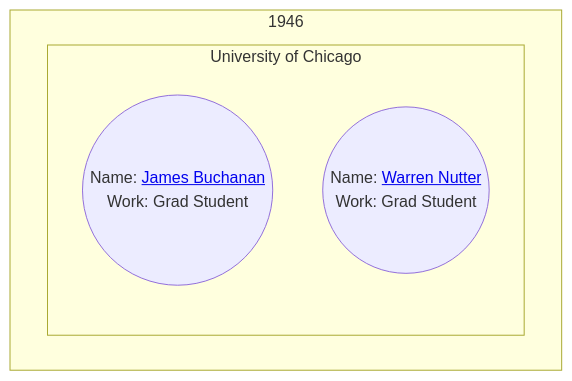
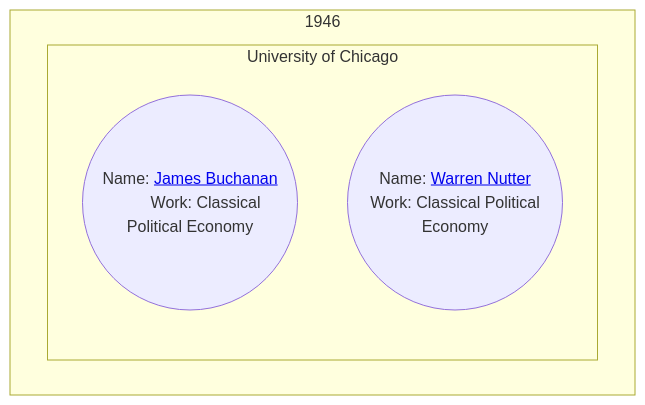
One commit to grimmdgg/hvspecs changed the third of 4 diagrams in README.md. Above: the diagram before and after it, drawn with Mermaid. The commit also changed other lines of this file, not shown here.

````diff
--- a/README.md
+++ b/README.md
@@ -73,15 +86,15 @@
 ```mermaid
 graph 
 subgraph 1946;
 subgraph  University of Chicago
  jb46((
         Name: <a href=https://en.wikipedia.org/wiki/James_M._Buchanan>James Buchanan</a>
-        Work: Grad Student
+        Work: Classical Political Economy
         ))
  wn46((
  Name: <a href=https://en.wikipedia.org/wiki/G._Warren_Nutter>Warren Nutter</a>
- Work: Grad Student ))
+ Work: Classical Political Economy ))
 end
 end
 
 ```
````
